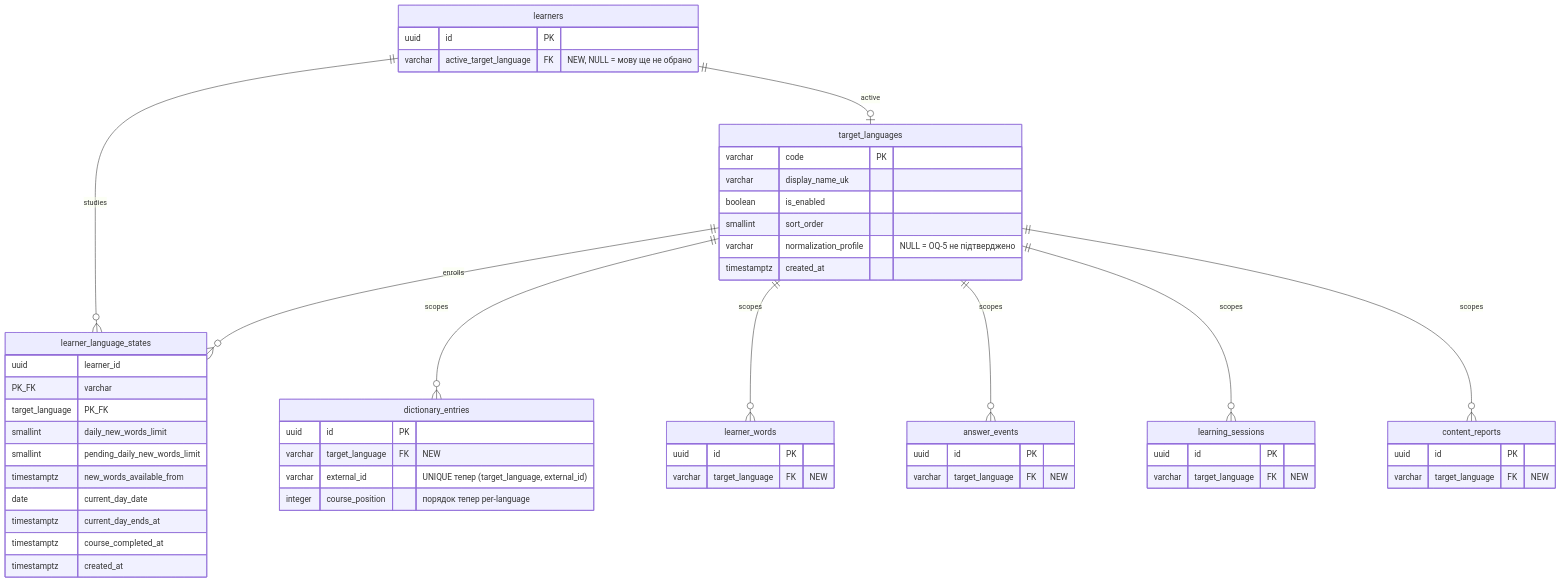
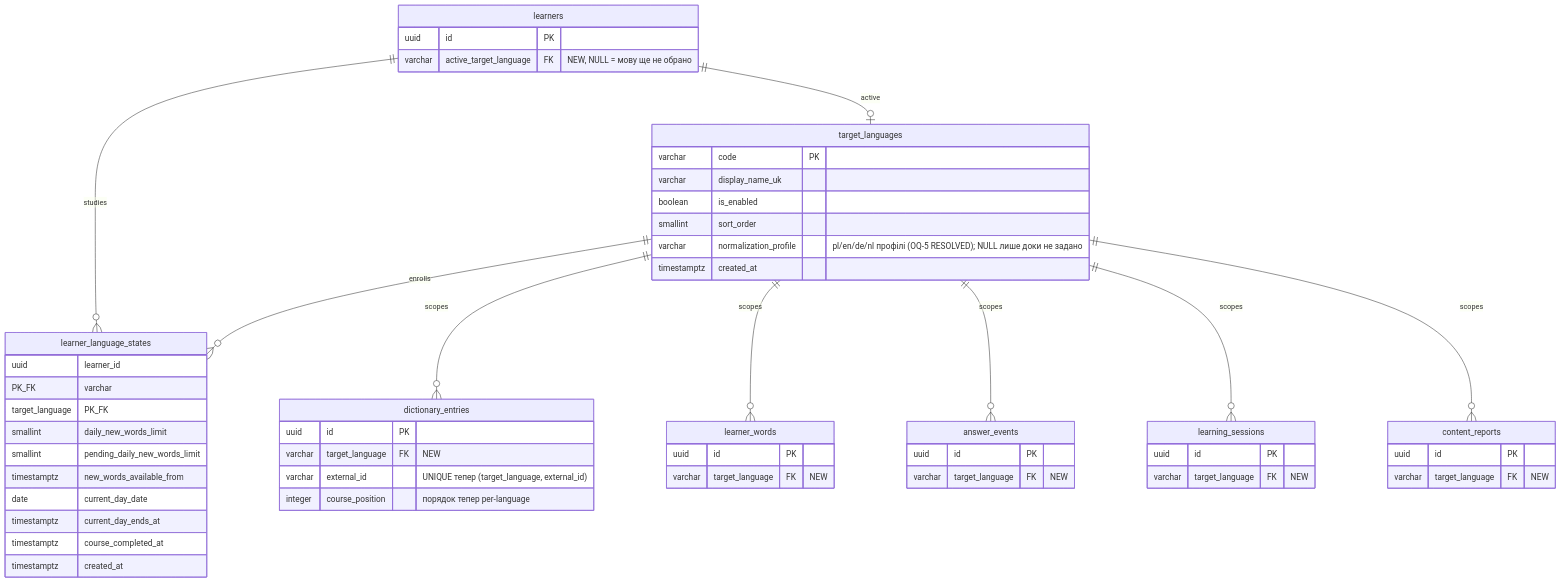
One commit to HeliosPersonal/constant-learning changed the diagram in docs/features/multi-target-languages/data-model.md. Above: the diagram before and after it, drawn with Mermaid. The commit also changed other lines of this file and 12 other files, not shown here.

````diff
--- a/docs/features/multi-target-languages/data-model.md
+++ b/docs/features/multi-target-languages/data-model.md
@@ -45,57 +45,57 @@
 ```mermaid
 erDiagram
     target_languages ||--o{ learner_language_states : enrolls
     target_languages ||--o{ dictionary_entries : scopes
     target_languages ||--o{ learner_words : scopes
     target_languages ||--o{ answer_events : scopes
     target_languages ||--o{ learning_sessions : scopes
     target_languages ||--o{ content_reports : scopes
     learners ||--o{ learner_language_states : studies
     learners ||--o| target_languages : active
 
     target_languages {
         varchar code PK
         varchar display_name_uk
         boolean is_enabled
         smallint sort_order
-        varchar normalization_profile "NULL = OQ-5 не підтверджено"
+        varchar normalization_profile "pl/en/de/nl профілі (OQ-5 RESOLVED); NULL лише доки не задано"
         timestamptz created_at
     }
     learner_language_states {
         uuid learner_id PK_FK
         varchar target_language PK_FK
         smallint daily_new_words_limit
         smallint pending_daily_new_words_limit
         timestamptz new_words_available_from
         date current_day_date
         timestamptz current_day_ends_at
         timestamptz course_completed_at
         timestamptz created_at
     }
     learners {
         uuid id PK
         varchar active_target_language FK "NEW, NULL = мову ще не обрано"
     }
     dictionary_entries {
         uuid id PK
         varchar target_language FK "NEW"
         varchar external_id "UNIQUE тепер (target_language, external_id)"
         integer course_position "порядок тепер per-language"
     }
     learner_words {
         uuid id PK
         varchar target_language FK "NEW"
     }
     answer_events {
         uuid id PK
         varchar target_language FK "NEW"
     }
     learning_sessions {
         uuid id PK
         varchar target_language FK "NEW"
     }
     content_reports {
         uuid id PK
         varchar target_language FK "NEW"
     }
 ```
````
